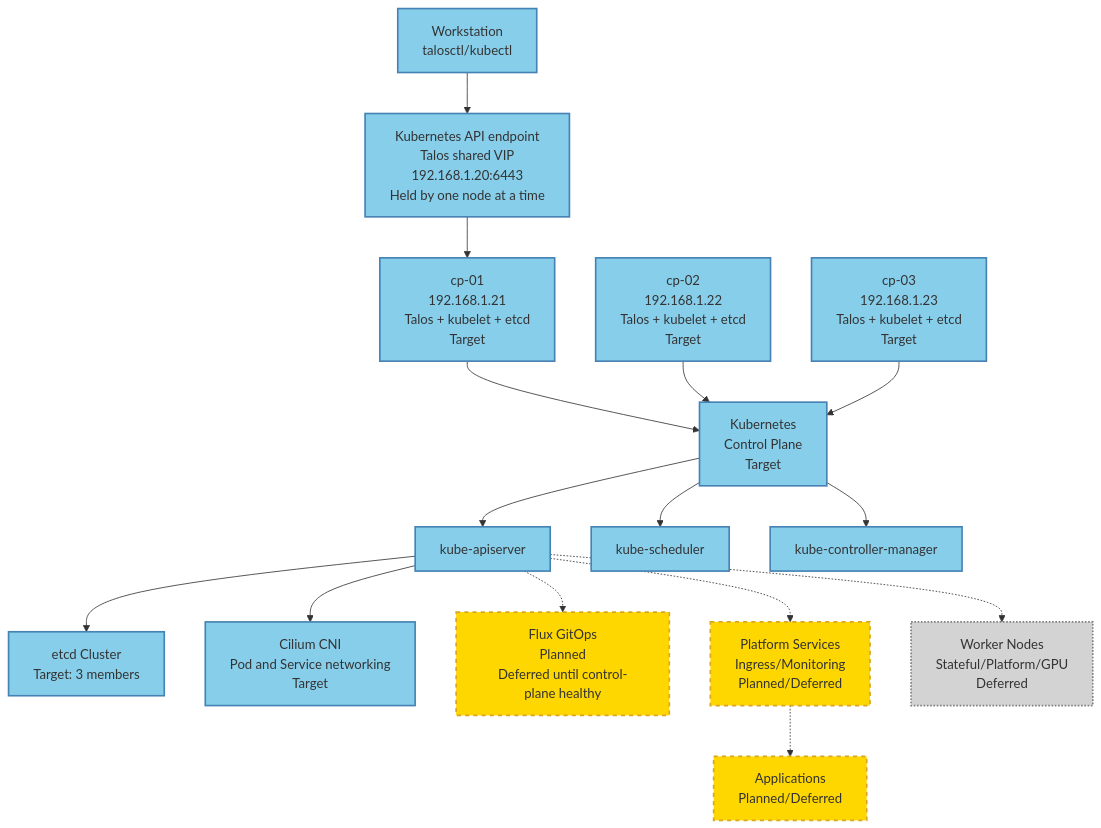
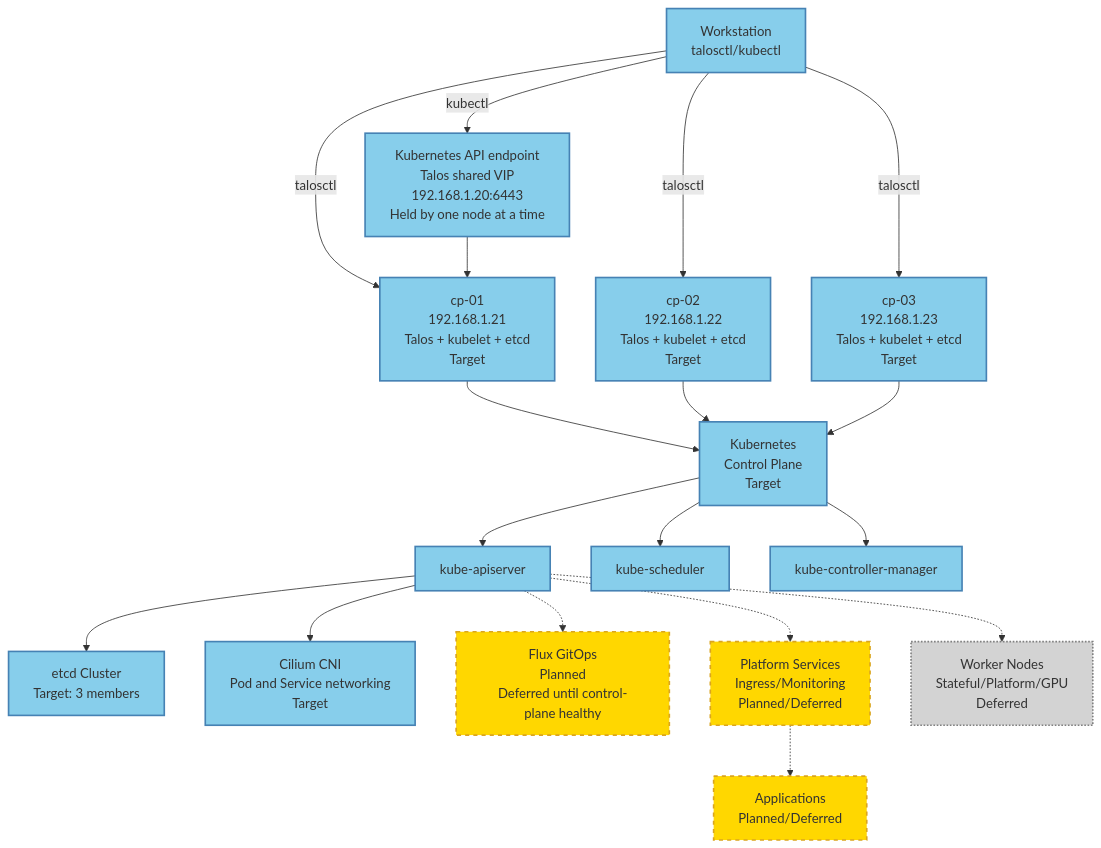
The diagram in diagrams/logical-cluster-topology.md (Okja-Engineering/home-lab), drawn with Mermaid before and after one commit. The commit also changed other lines of this file, not shown here.

Commit message:
docs(diagrams): draw the kubectl and talosctl paths separately (R2)
The workstation node is labelled "talosctl/kubectl" and its only edge went to the VIP, so the picture on its own routed talosctl through the VIP, and the caption had to say that it does not.

The edge to the VIP is now labelled kubectl, and three edges labelled talosctl go from the workstation to cp-01, cp-02 and cp-03 (ADR-006: talosctl endpoints are the node addresses, never the VIP). The caption describes those edges instead of correcting the picture. The Management Flow list below already said the same and is unchanged.

The only new Mermaid construct is the labelled edge, A -->|text| B.

Review finding R2 on pull request 36. Part of #24.

````diff
--- a/diagrams/logical-cluster-topology.md
+++ b/diagrams/logical-cluster-topology.md
@@ -13,41 +13,44 @@
 ```mermaid
 graph TB
     Workstation[Workstation<br/>talosctl/kubectl]
     VIP[Kubernetes API endpoint<br/>Talos shared VIP<br/>192.168.1.20:6443<br/>Held by one node at a time]
     cp01[cp-01<br/>192.168.1.21<br/>Talos + kubelet + etcd<br/>Target]
     cp02[cp-02<br/>192.168.1.22<br/>Talos + kubelet + etcd<br/>Target]
     cp03[cp-03<br/>192.168.1.23<br/>Talos + kubelet + etcd<br/>Target]
     etcd[etcd Cluster<br/>Target: 3 members]
     k8s[Kubernetes<br/>Control Plane<br/>Target]
     apiserver[kube-apiserver]
     scheduler[kube-scheduler]
     controller[kube-controller-manager]
     Cilium[Cilium CNI<br/>Pod and Service networking<br/>Target]
     Flux[Flux GitOps<br/>Planned<br/>Deferred until control-plane healthy]
     Platform[Platform Services<br/>Ingress/Monitoring<br/>Planned/Deferred]
     Apps[Applications<br/>Planned/Deferred]
     Workers[Worker Nodes<br/>Stateful/Platform/GPU<br/>Deferred]
 
-    Workstation --> VIP
+    Workstation -->|kubectl| VIP
+    Workstation -->|talosctl| cp01
+    Workstation -->|talosctl| cp02
+    Workstation -->|talosctl| cp03
     VIP --> cp01
     cp01 --> k8s
     cp02 --> k8s
     cp03 --> k8s
     k8s --> apiserver
     k8s --> scheduler
     k8s --> controller
     apiserver --> etcd
     apiserver --> Cilium
     apiserver -.-> Flux
     apiserver -.-> Platform
     Platform -.-> Apps
     apiserver -.-> Workers
 
     classDef target fill:#87CEEB,stroke:#4682B4,stroke-width:2px
     classDef planned fill:#FFD700,stroke:#DAA520,stroke-width:2px,stroke-dasharray: 5 5
     classDef future fill:#D3D3D3,stroke:#808080,stroke-width:2px,stroke-dasharray: 2 2
 
     class Workstation,VIP,cp01,cp02,cp03,etcd,k8s,apiserver,scheduler,controller,Cilium target
     class Flux,Platform,Apps planned
     class Workers future
 ```
````
